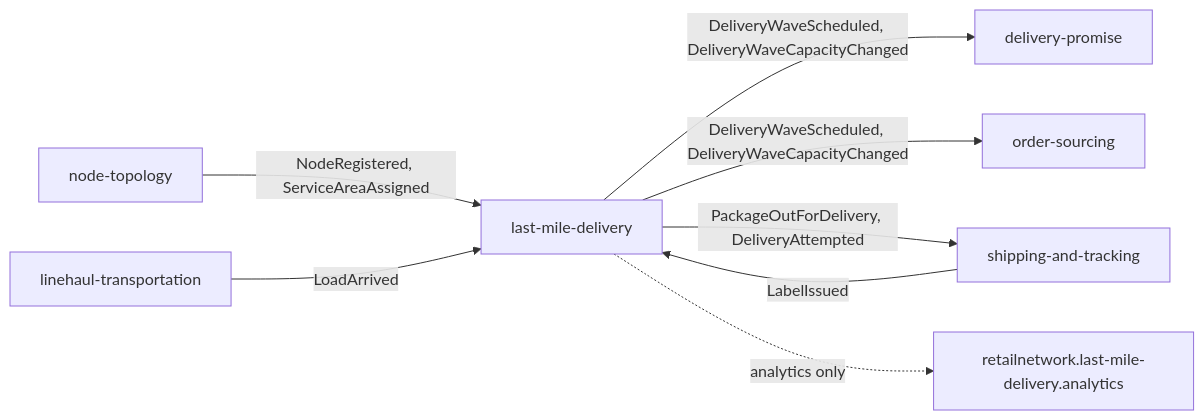
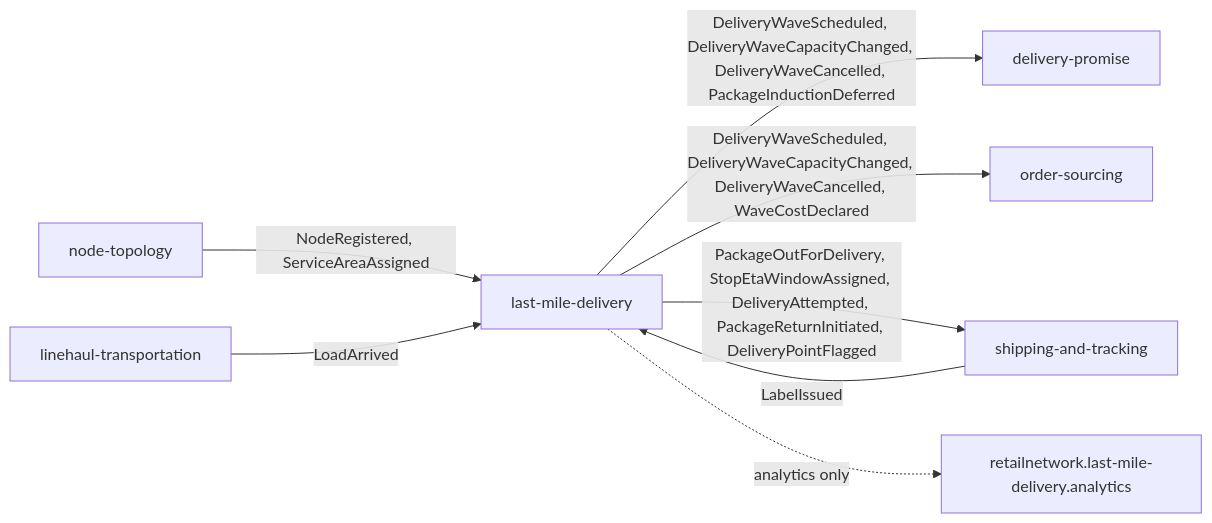
Before and after one commit to IQVO/last-mile-delivery: the diagram in docs/docs/ecosystem/integration.md, drawn with Mermaid. The commit also changed other lines of this file and 12 other files, not shown here.

````diff
--- a/docs/docs/ecosystem/integration.md
+++ b/docs/docs/ecosystem/integration.md
@@ -14,10 +14,10 @@
 ```mermaid
 flowchart LR
     NT["node-topology"] -->|"NodeRegistered, ServiceAreaAssigned"| LM["last-mile-delivery"]
     LH["linehaul-transportation"] -->|"LoadArrived"| LM
     ST["shipping-and-tracking"] -->|"LabelIssued"| LM
-    LM -->|"DeliveryWaveScheduled, DeliveryWaveCapacityChanged"| DP["delivery-promise"]
-    LM -->|"DeliveryWaveScheduled, DeliveryWaveCapacityChanged"| OS["order-sourcing"]
-    LM -->|"PackageOutForDelivery, DeliveryAttempted"| ST
+    LM -->|"DeliveryWaveScheduled, DeliveryWaveCapacityChanged, DeliveryWaveCancelled, PackageInductionDeferred"| DP["delivery-promise"]
+    LM -->|"DeliveryWaveScheduled, DeliveryWaveCapacityChanged, DeliveryWaveCancelled, WaveCostDeclared"| OS["order-sourcing"]
+    LM -->|"PackageOutForDelivery, StopEtaWindowAssigned, DeliveryAttempted, PackageReturnInitiated, DeliveryPointFlagged"| ST
     LM -.->|"analytics only"| AN["retailnetwork.last-mile-delivery.analytics"]
 ```
````
